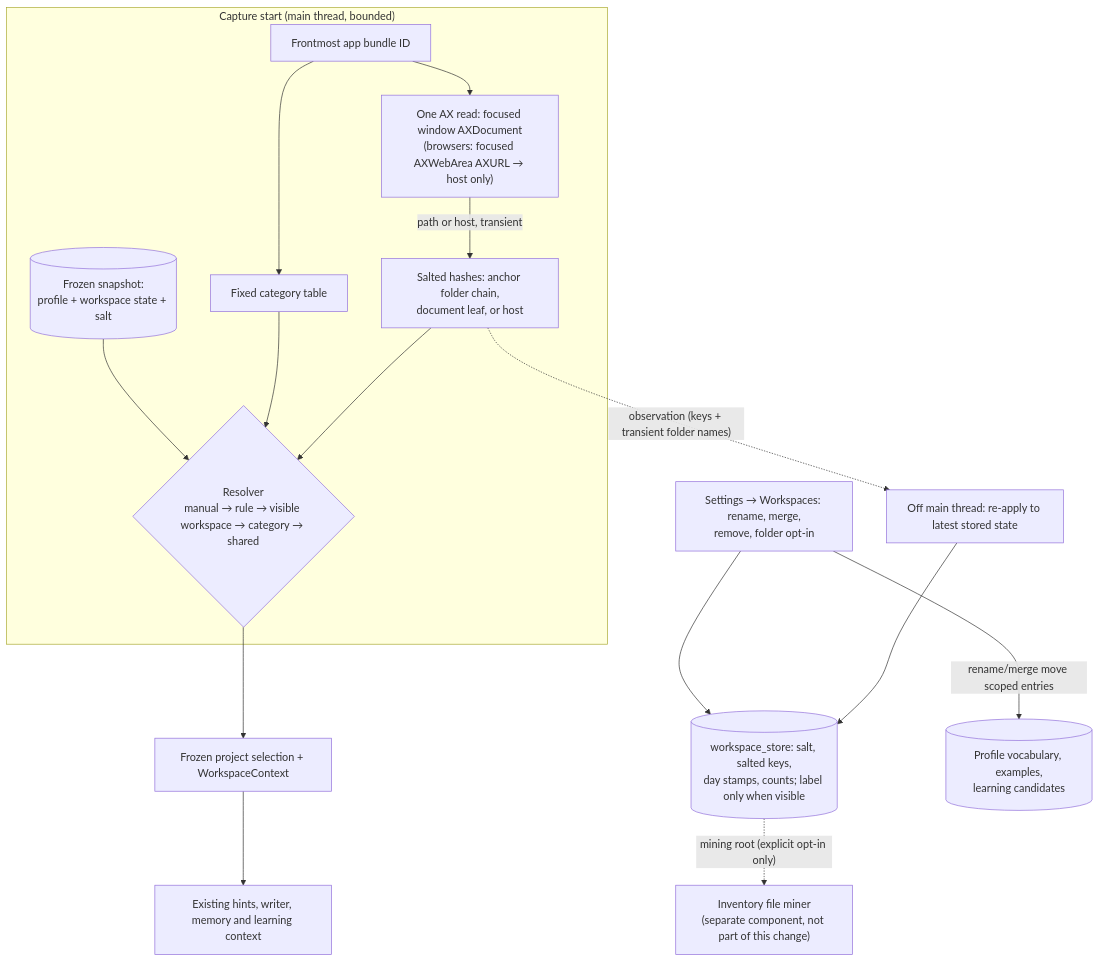
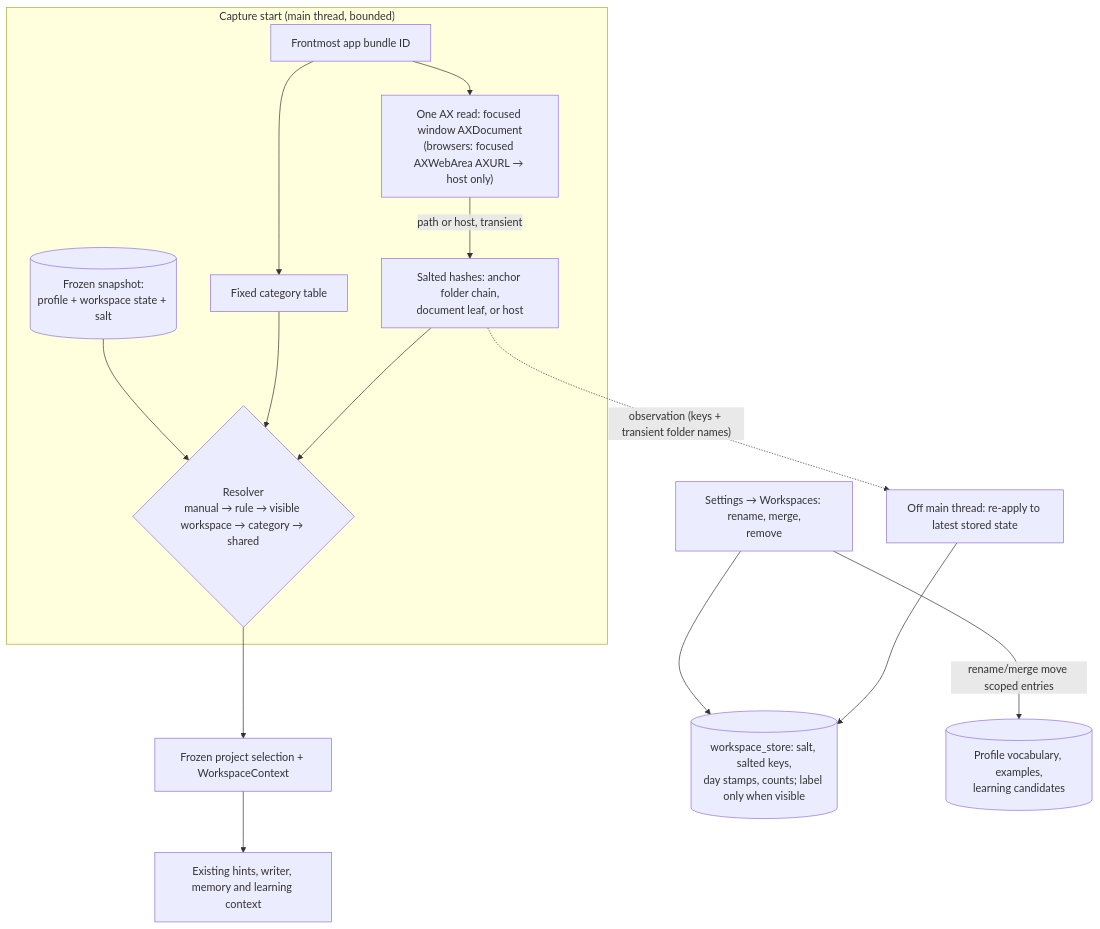
The third of 3 diagrams in docs/personalization/context-selection.md (rahulsharmavishwakarma/vesper), drawn with Mermaid before and after one commit. The commit also changed other lines of this file and 9 other files, not shown here.

````diff
--- a/docs/personalization/context-selection.md
+++ b/docs/personalization/context-selection.md
@@ -182,18 +182,17 @@
 ```mermaid
 flowchart TB
   subgraph Main["Capture start (main thread, bounded)"]
     APP["Frontmost app bundle ID"] --> CAT["Fixed category table"]
     APP --> AX["One AX read: focused window AXDocument<br/>(browsers: focused AXWebArea AXURL → host only)"]
     AX -->|path or host, transient| OBS["Salted hashes: anchor folder chain,<br/>document leaf, or host"]
     OBS --> RES{"Resolver<br/>manual → rule → visible workspace → category → shared"}
     CAT --> RES
     SNAP[("Frozen snapshot:<br/>profile + workspace state + salt")] --> RES
   end
   RES --> SEL["Frozen project selection + WorkspaceContext"]
   SEL --> PIPE["Existing hints, writer, memory and learning context"]
   OBS -. "observation (keys + transient folder names)" .-> BG["Off main thread: re-apply to latest stored state"]
   BG --> STORE[("workspace_store: salt, salted keys,<br/>day stamps, counts; label only when visible")]
-  UI["Settings → Workspaces: rename, merge,<br/>remove, folder opt-in"] --> STORE
+  UI["Settings → Workspaces: rename, merge,<br/>remove"] --> STORE
   UI -->|"rename/merge move scoped entries"| PROF[("Profile vocabulary, examples,<br/>learning candidates")]
-  STORE -.->|"mining root (explicit opt-in only)"| MINER["Inventory file miner<br/>(separate component, not part of this change)"]
 ```
````
